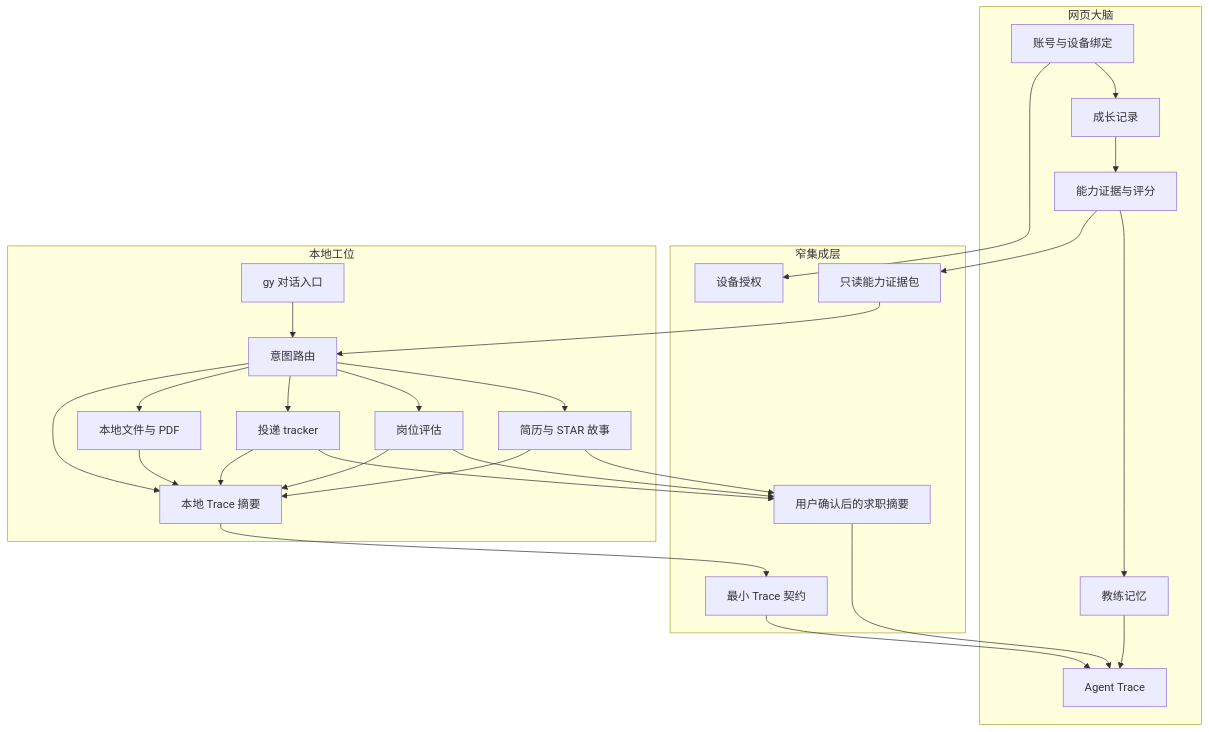
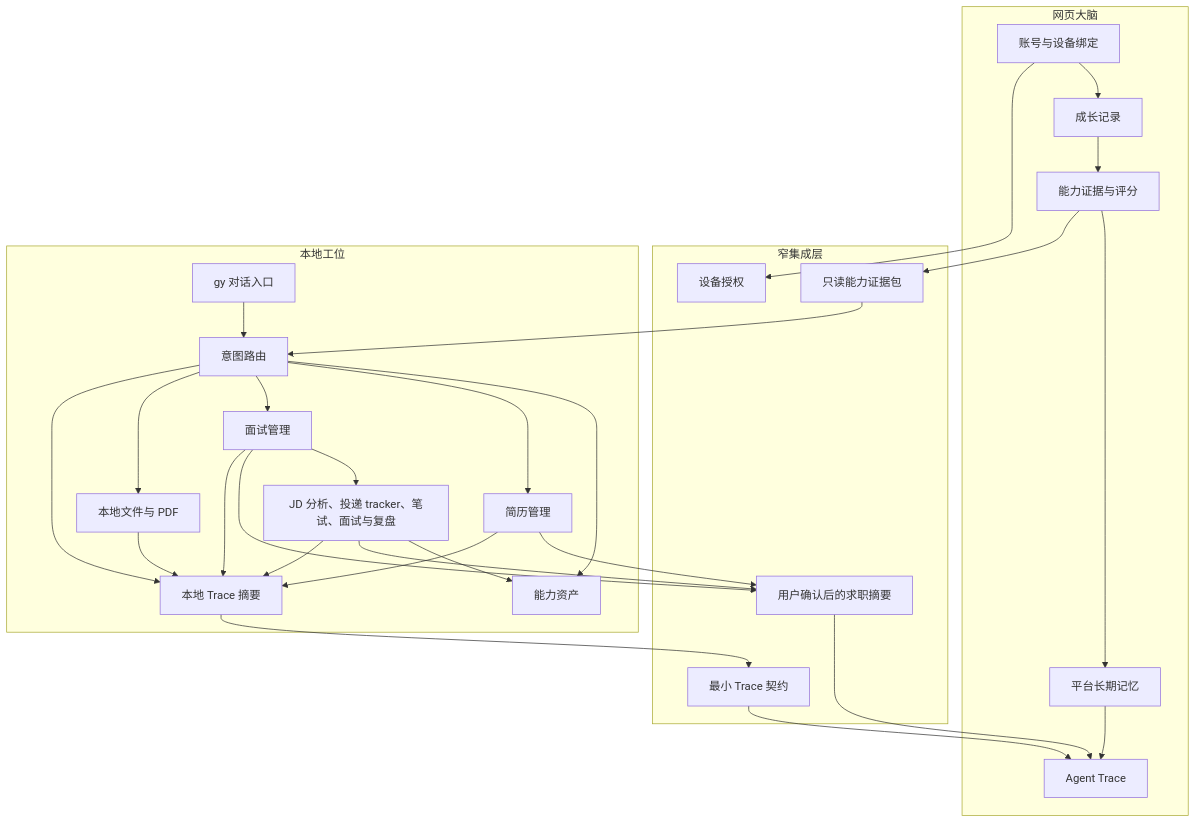
Before and after one commit to XN-289/Get-Yourself: the second of 4 diagrams in docs/PRODUCT_DESIGN_V0.1.md, drawn with Mermaid. The commit also changed other lines of this file and 3 other files, not shown here.

````diff
--- a/docs/PRODUCT_DESIGN_V0.1.md
+++ b/docs/PRODUCT_DESIGN_V0.1.md
@@ -278,39 +280,41 @@
 ```mermaid
 flowchart TB
   subgraph Web[网页大脑]
     A[账号与设备绑定] --> B[成长记录]
     B --> C[能力证据与评分]
-    C --> D[教练记忆]
+    C --> D[平台长期记忆]
     D --> E[Agent Trace]
   end
 
   subgraph Bridge[窄集成层]
     F[只读能力证据包]
     G[设备授权]
     H[用户确认后的求职摘要]
     I[最小 Trace 契约]
   end
 
   subgraph Local[本地工位]
     J[gy 对话入口] --> K[意图路由]
-    K --> L[简历与 STAR 故事]
-    K --> M[岗位评估]
-    K --> N[投递 tracker]
+    K --> Q[能力资产]
+    K --> L[简历管理]
+    K --> M[面试管理]
+    M --> N[JD 分析、投递 tracker、笔试、面试与复盘]
     K --> O[本地文件与 PDF]
     K --> P[本地 Trace 摘要]
+    N --> Q
   end
 
   C --> F
   A --> G
   F --> K
   L --> H
   M --> H
   N --> H
   L --> P
   M --> P
   N --> P
   O --> P
   P --> I
   H --> E
   I --> E
 ```
````
